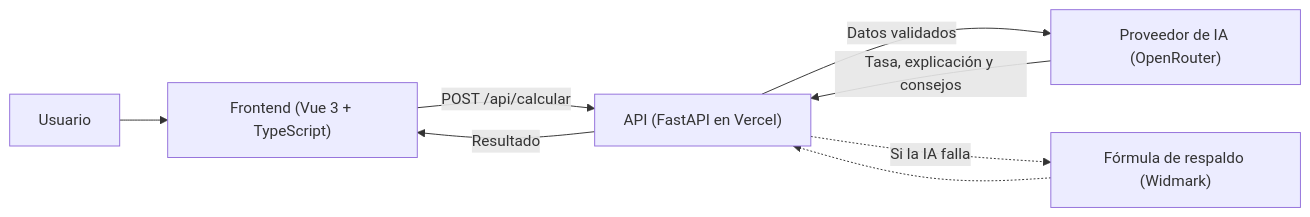
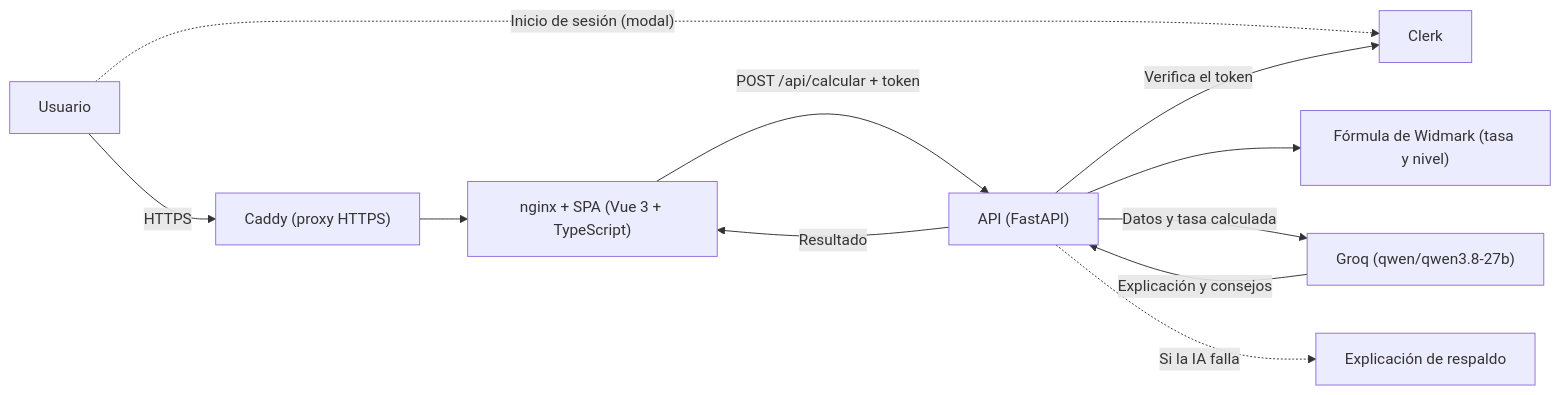
One commit to Manolo1709/DM_Chat_Ofi changed the first of 2 diagrams in ERS.md. Above: the diagram before and after it, drawn with Mermaid. The commit also changed other lines of this file and 5 other files, not shown here.

````diff
--- a/ERS.md
+++ b/ERS.md
@@ -555,10 +643,13 @@
 ```mermaid
 flowchart LR
-    U[Usuario] --> F["Frontend (Vue 3 + TypeScript)"]
-    F -->|"POST /api/calcular"| A["API (FastAPI en Vercel)"]
-    A -->|"Datos validados"| IA["Proveedor de IA (OpenRouter)"]
-    IA -->|"Tasa, explicación y consejos"| A
-    A -.->|"Si la IA falla"| R["Fórmula de respaldo (Widmark)"]
-    R -.-> A
+    U[Usuario] -->|HTTPS| P["Caddy (proxy HTTPS)"]
+    P --> F["nginx + SPA (Vue 3 + TypeScript)"]
+    U -.->|"Inicio de sesión (modal)"| C["Clerk"]
+    F -->|"POST /api/calcular + token"| A["API (FastAPI)"]
+    A -->|"Verifica el token"| C
+    A --> W["Fórmula de Widmark (tasa y nivel)"]
+    A -->|"Datos y tasa calculada"| IA["Groq (qwen/qwen3.8-27b)"]
+    IA -->|"Explicación y consejos"| A
+    A -.->|"Si la IA falla"| R["Explicación de respaldo"]
     A -->|"Resultado"| F
 ```
````
